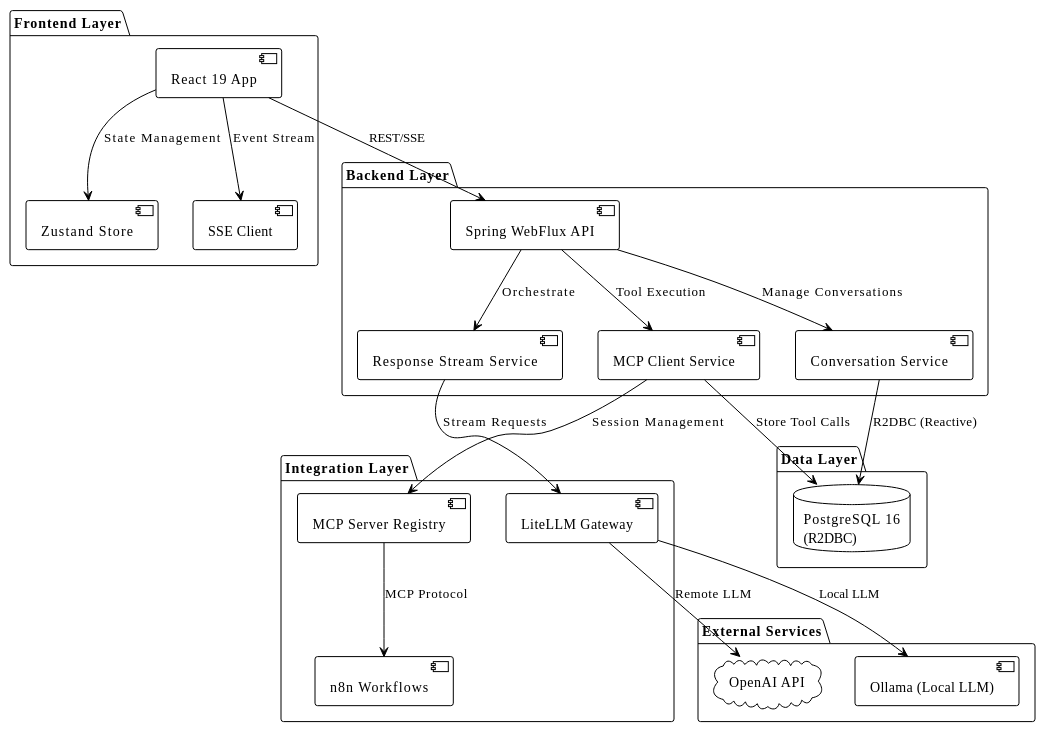
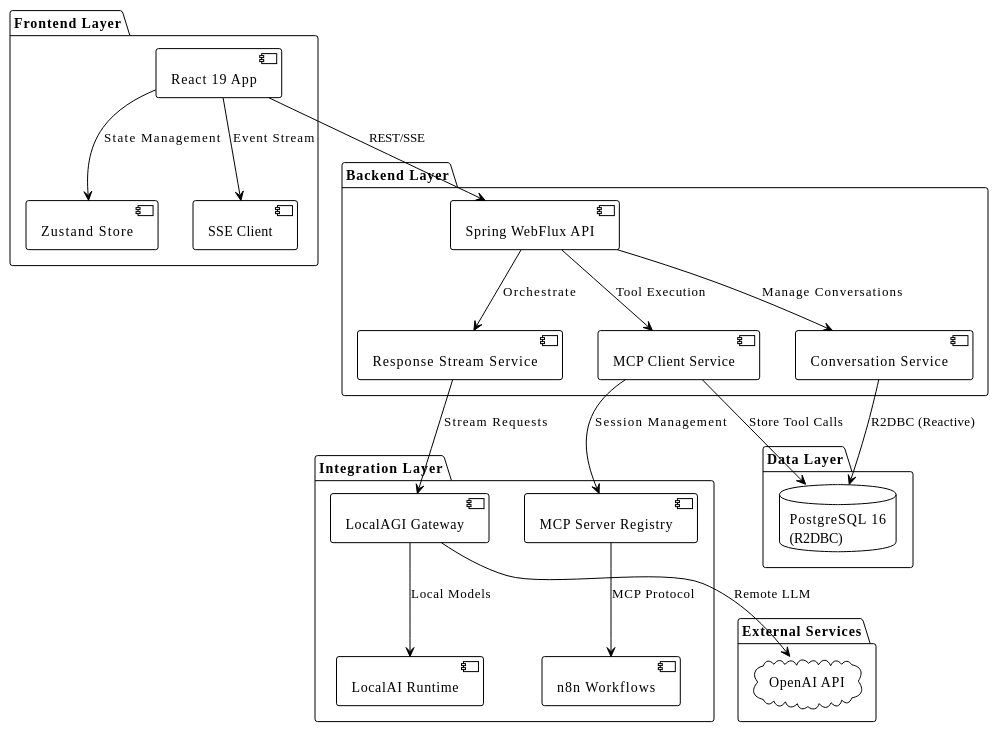
The first of 4 diagrams in docs/architecture/SYSTEM_OVERVIEW.md (masssi164/chatbot), drawn with PlantUML before and after one commit. The commit also changed other lines of this file and 20 other files, not shown here.

````diff
--- a/docs/architecture/SYSTEM_OVERVIEW.md
+++ b/docs/architecture/SYSTEM_OVERVIEW.md
@@ -9,51 +9,51 @@
 ```plantuml
 @startuml
 !theme plain
 
 package "Frontend Layer" {
   [React 19 App] as Frontend
   [Zustand Store] as State
   [SSE Client] as SSE
 }
 
 package "Backend Layer" {
   [Spring WebFlux API] as API
   [Response Stream Service] as Stream
   [MCP Client Service] as MCPClient
   [Conversation Service] as Conv
 }
 
 package "Data Layer" {
   database "PostgreSQL 16\n(R2DBC)" as DB
 }
 
 package "Integration Layer" {
-  [LiteLLM Gateway] as LiteLLM
+  [LocalAGI Gateway] as LocalAGI
+  [LocalAI Runtime] as LocalAI
   [MCP Server Registry] as MCPRegistry
   [n8n Workflows] as n8n
 }
 
 package "External Services" {
   cloud "OpenAI API" as OpenAI
-  [Ollama (Local LLM)] as Ollama
 }
 
 Frontend --> API : REST/SSE
 Frontend --> State : State Management
 Frontend --> SSE : Event Stream
 
 API --> Stream : Orchestrate
 API --> Conv : Manage Conversations
 API --> MCPClient : Tool Execution
 
-Stream --> LiteLLM : Stream Requests
+Stream --> LocalAGI : Stream Requests
 MCPClient --> MCPRegistry : Session Management
 MCPRegistry --> n8n : MCP Protocol
 
-LiteLLM --> OpenAI : Remote LLM
-LiteLLM --> Ollama : Local LLM
+LocalAGI --> OpenAI : Remote LLM
+LocalAGI --> LocalAI : Local Models
 
 Conv --> DB : R2DBC (Reactive)
 MCPClient --> DB : Store Tool Calls
 @enduml
 ```
````
